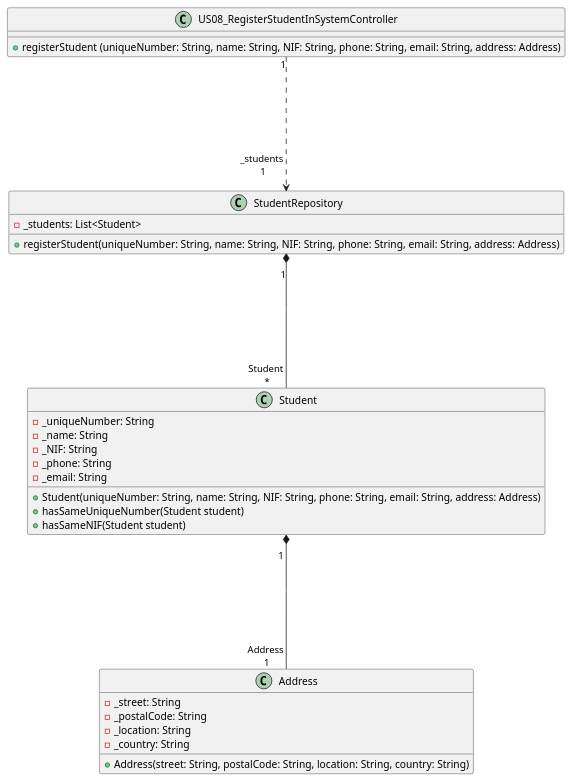
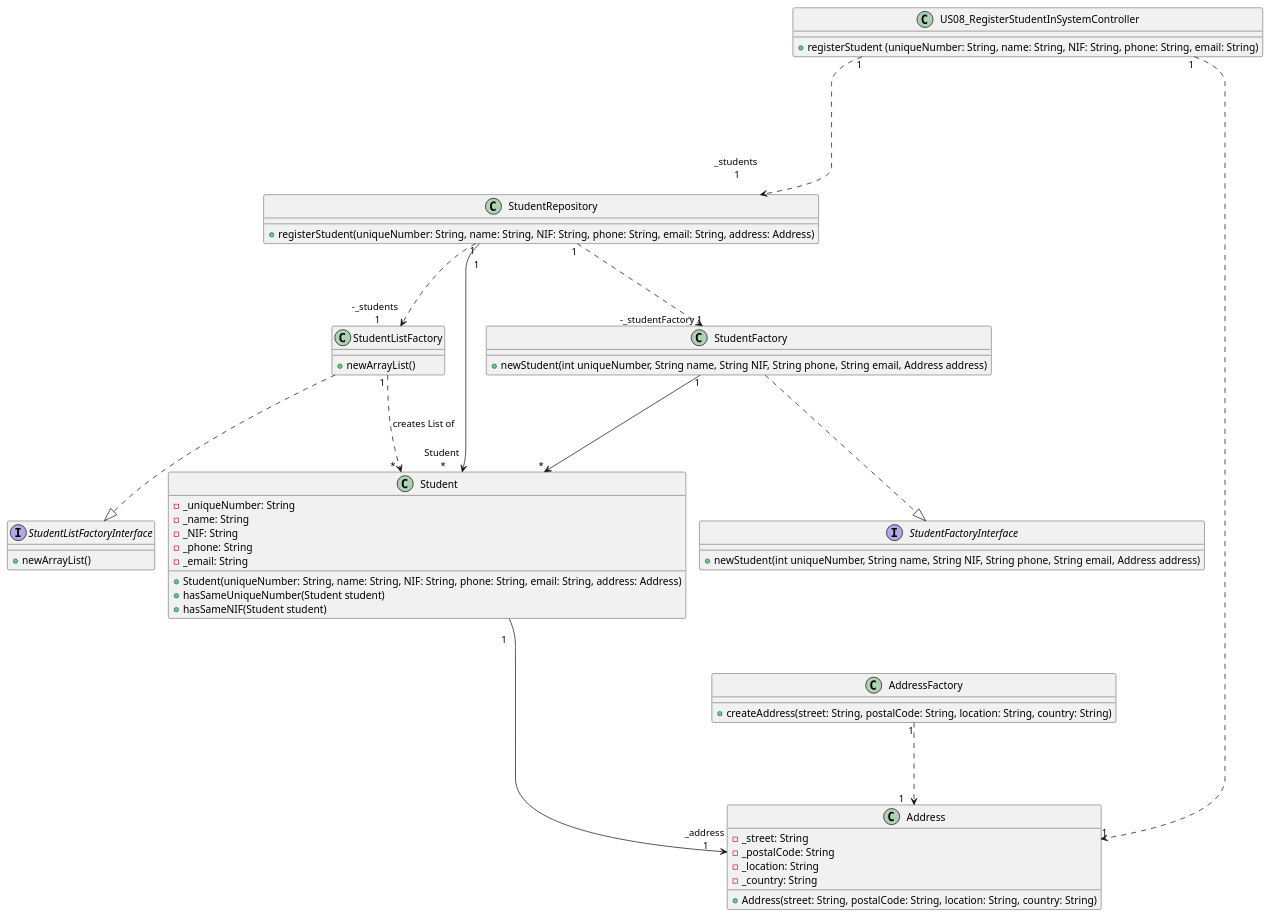
One commit to GasparISEP/DevOps-PAI changed the diagram in docs/US08/US08_RegisterStudentInSystem_ClassDiagram.puml. Above: the diagram before and after it, drawn with PlantUML. The commit also changed 2 other files, not shown here.

Commit message:
Changes to US15 class diagram and US08 class diagram regarding factories, interfaces, and other adjustments + added a test to TeacherCareerProgressionListFactory Test

```diff
--- a/docs/US08/US08_RegisterStudentInSystem_ClassDiagram.puml
+++ b/docs/US08/US08_RegisterStudentInSystem_ClassDiagram.puml
@@ -1,37 +1,64 @@
 @startuml
 !pragma layout smetana
 'left to right direction
 
 class Student {
     -_uniqueNumber: String
     -_name: String
     -_NIF: String
     -_phone: String
     -_email: String
     +Student(uniqueNumber: String, name: String, NIF: String, phone: String, email: String, address: Address)
     +hasSameUniqueNumber(Student student)
     +hasSameNIF(Student student)
 }
 
+class StudentFactory {
+    +newStudent(int uniqueNumber, String name, String NIF, String phone, String email, Address address)
+}
+
+interface StudentFactoryInterface {
+    +newStudent(int uniqueNumber, String name, String NIF, String phone, String email, Address address)
+}
+
+class StudentListFactory {
+    +newArrayList()
+}
+
+interface StudentListFactoryInterface {
+    +newArrayList()
+}
+
 class StudentRepository {
-    -_students: List<Student>
     +registerStudent(uniqueNumber: String, name: String, NIF: String, phone: String, email: String, address: Address)
 }
 
 class Address {
      -_street: String
      -_postalCode: String
      -_location: String
      -_country: String
      +Address(street: String, postalCode: String, location: String, country: String)
 }
 
-class US08_RegisterStudentInSystemController{
-    +registerStudent (uniqueNumber: String, name: String, NIF: String, phone: String, email: String, address: Address)
+class AddressFactory {
+    +createAddress(street: String, postalCode: String, location: String, country: String)
 }
 
-Student "\n1 " *------ "Address \n1" Address
-StudentRepository "\n1" *------ "Student \n*" Student
+class US08_RegisterStudentInSystemController{
+    +registerStudent (uniqueNumber: String, name: String, NIF: String, phone: String, email: String)
+}
+
+AddressFactory "1" ....> "1    " Address
+Student "\n1 " ------> "_address \n1" Address
+StudentRepository "\n1" ------> "Student \n*" Student
 US08_RegisterStudentInSystemController "1" ......> "_students \n1\n" StudentRepository
+US08_RegisterStudentInSystemController "1" ......> "1" Address
+StudentFactory "1" ----> "*" Student
+StudentFactory ....|> StudentFactoryInterface
+StudentListFactory "1 " ....> " *  " Student: creates List of
+StudentListFactory ....|> StudentListFactoryInterface
+StudentRepository "1" ....> "-_studentFactory 1" StudentFactory
+StudentRepository "1" ....> "-_students \n 1" StudentListFactory
 
 @enduml
```
